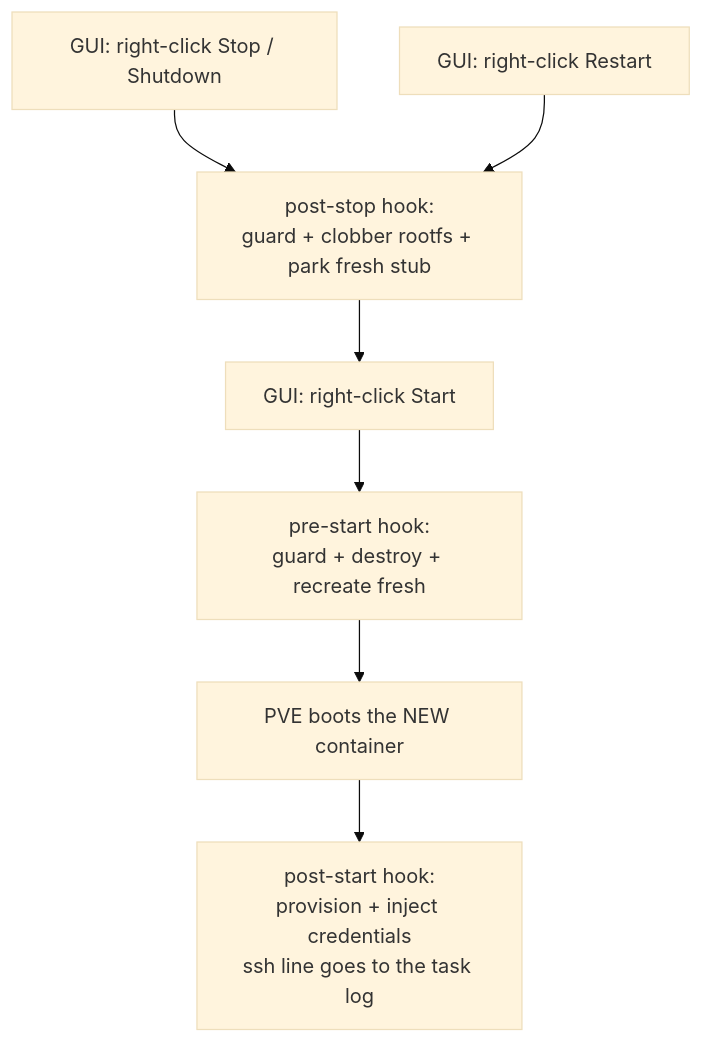
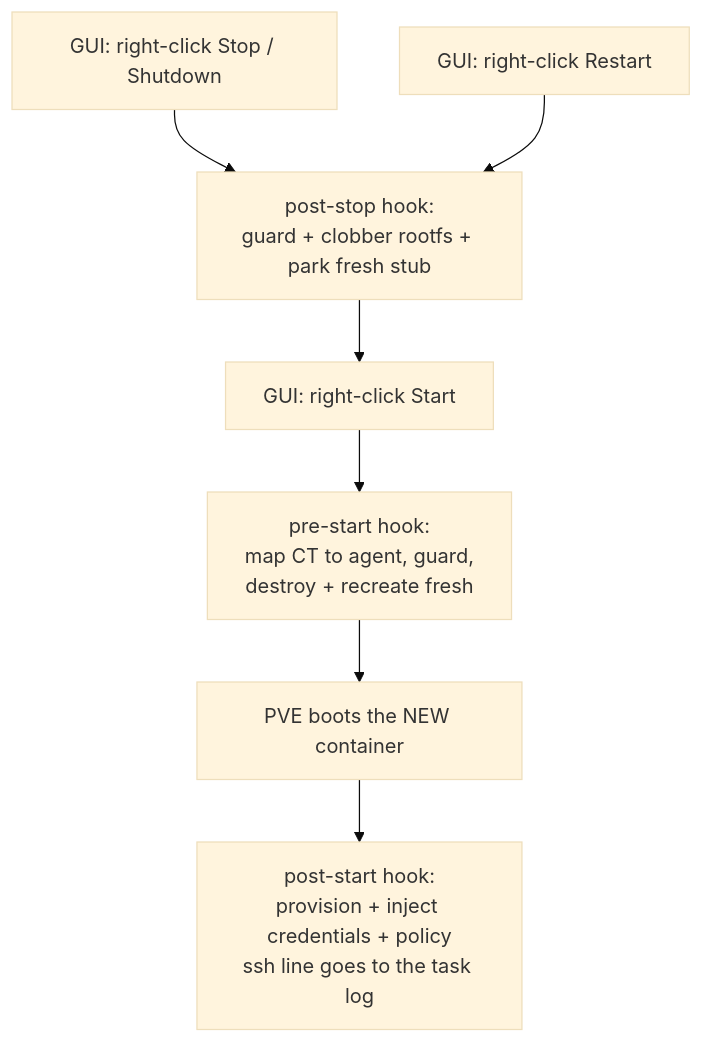
Before and after one commit to itsfja/AI-sandbox: the diagram in README.md, drawn with Mermaid (base theme). The commit also changed other lines of this file and 3 other files, not shown here.

````diff
--- a/README.md
+++ b/README.md
@@ -481,9 +462,9 @@
 ```mermaid
 flowchart TD
-    S["GUI: right-click Start"] --> PS1["pre-start hook:<br/>guard + destroy + recreate fresh"]
+    S["GUI: right-click Start"] --> PS1["pre-start hook:<br/>map CT to agent, guard,<br/>destroy + recreate fresh"]
     PS1 --> PVEB["PVE boots the NEW container"]
-    PVEB --> PS2["post-start hook:<br/>provision + inject credentials<br/>ssh line goes to the task log"]
+    PVEB --> PS2["post-start hook:<br/>provision + inject credentials + policy<br/>ssh line goes to the task log"]
     T["GUI: right-click Stop / Shutdown"] --> PR2["post-stop hook:<br/>guard + clobber rootfs + park fresh stub"]
     R["GUI: right-click Restart"] --> PR2
     PR2 --> S
 ```
````
